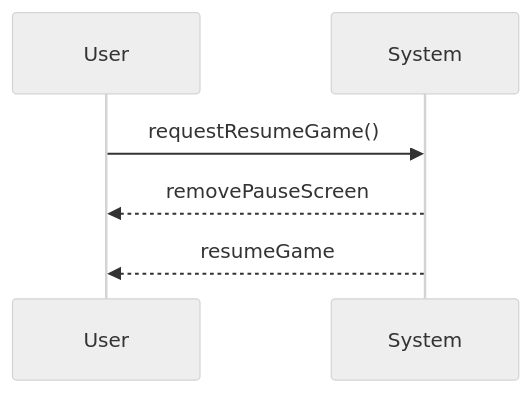
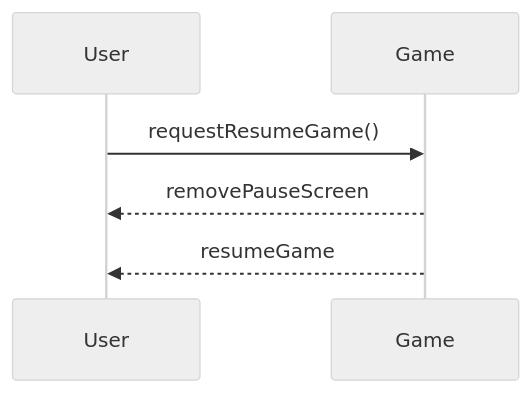
Before and after one commit to Shamdan17/Bricking_Bad: the diagram in system-sequence-diagrams/resume-the-game.md, drawn with Mermaid (neutral theme). The commit also changed other lines of this file and 14 other files, not shown here.

Commit message:
change all instances of system to game

````diff
--- a/system-sequence-diagrams/resume-the-game.md
+++ b/system-sequence-diagrams/resume-the-game.md
@@ -3,8 +3,8 @@
 ```mermaid
 sequenceDiagram
 participant User
-participant System
-User->> System: requestResumeGame()
-System-->>User: removePauseScreen
-System-->>User: resumeGame
+participant Game
+User->> Game: requestResumeGame()
+Game-->>User: removePauseScreen
+Game-->>User: resumeGame
 ```
````
